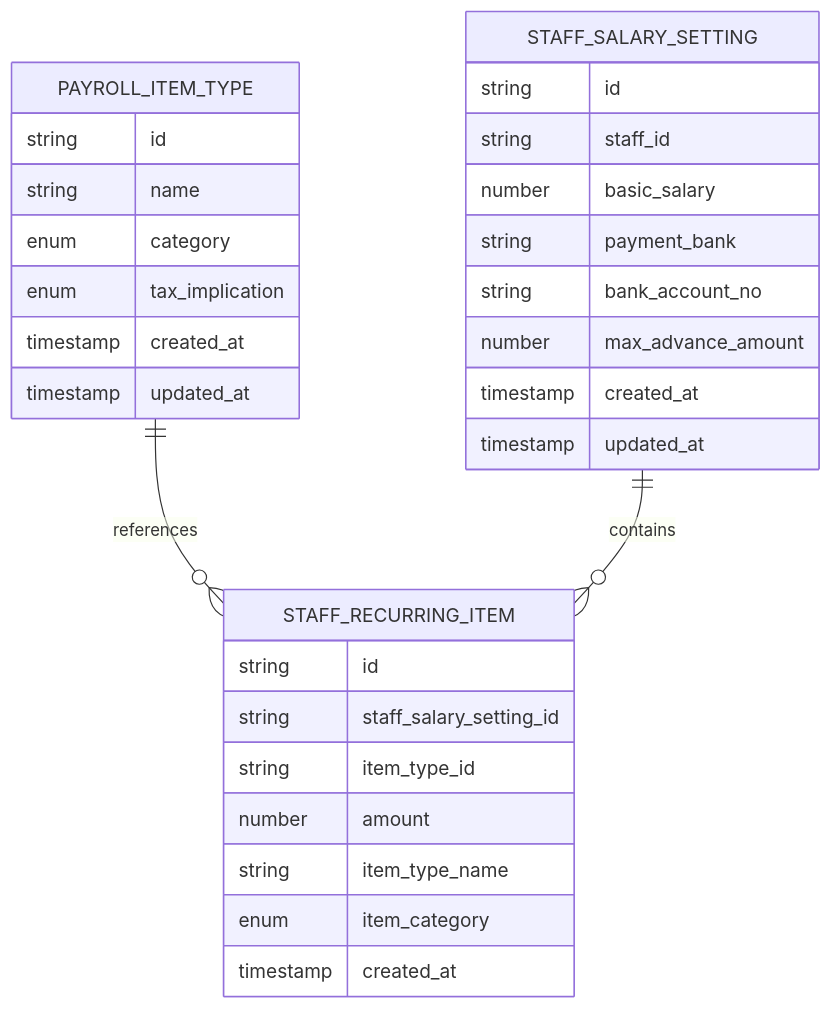
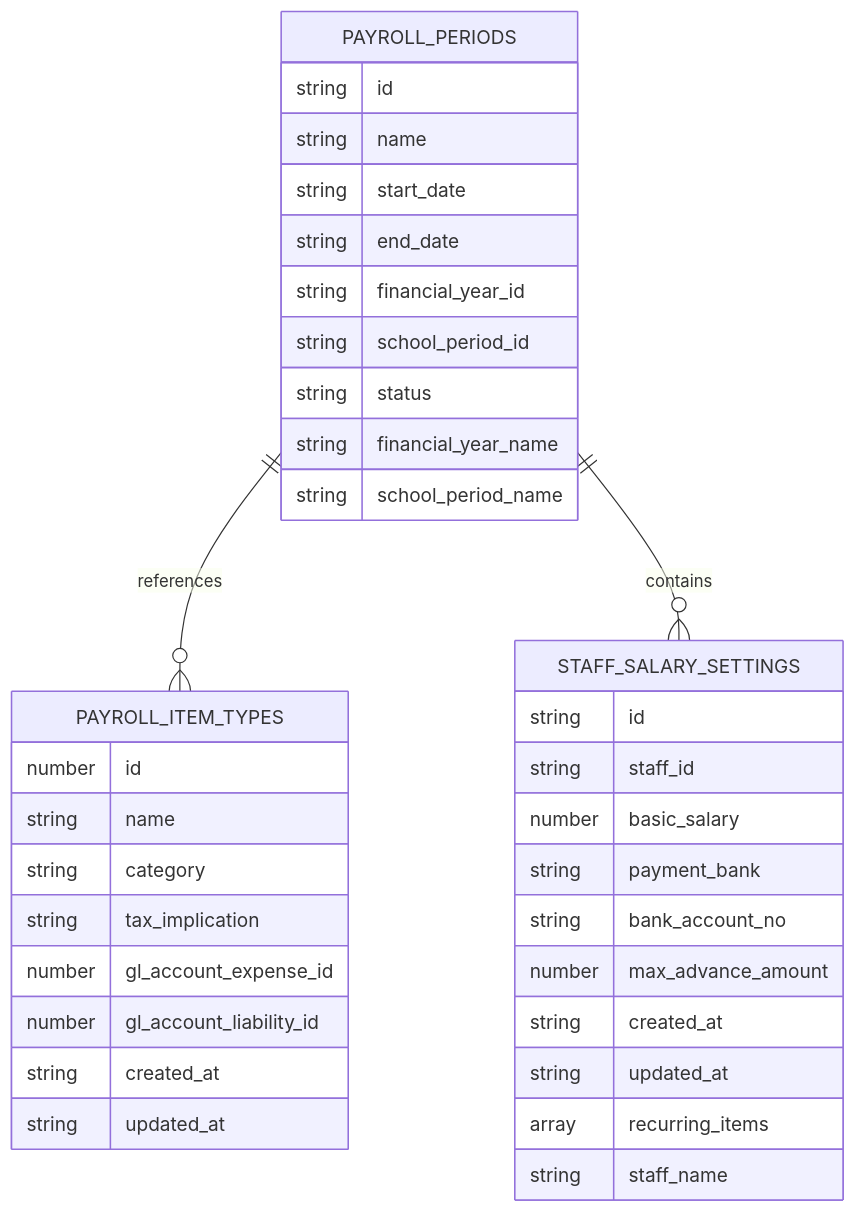
Before and after one commit to geniusdynamics/schoolpilot: the sixth of 11 diagrams in .qoder/repowiki/en/content/Modules System/HR Module.md, drawn with Mermaid. The commit also changed other lines of this file and 16 other files, not shown here.

````diff
--- a/.qoder/repowiki/en/content/Modules System/HR Module.md
+++ b/.qoder/repowiki/en/content/Modules System/HR Module.md
@@ -175,32 +246,38 @@
 ```mermaid
 erDiagram
-PAYROLL_ITEM_TYPE {
+PAYROLL_PERIODS {
 string id
 string name
-enum category
-enum tax_implication
-timestamp created_at
-timestamp updated_at
+string start_date
+string end_date
+string financial_year_id
+string school_period_id
+string status
+string financial_year_name
+string school_period_name
 }
-STAFF_SALARY_SETTING {
+PAYROLL_ITEM_TYPES {
+number id
+string name
+string category
+string tax_implication
+number gl_account_expense_id
+number gl_account_liability_id
+string created_at
+string updated_at
+}
+STAFF_SALARY_SETTINGS {
 string id
 string staff_id
 number basic_salary
 string payment_bank
 string bank_account_no
 number max_advance_amount
-timestamp created_at
-timestamp updated_at
+string created_at
+string updated_at
+array recurring_items
+string staff_name
 }
-STAFF_RECURRING_ITEM {
-string id
-string staff_salary_setting_id
-string item_type_id
-number amount
-string item_type_name
-enum item_category
-timestamp created_at
-}
-PAYROLL_ITEM_TYPE ||--o{ STAFF_RECURRING_ITEM : "references"
-STAFF_SALARY_SETTING ||--o{ STAFF_RECURRING_ITEM : "contains"
+PAYROLL_PERIODS ||--o{ PAYROLL_ITEM_TYPES : "references"
+PAYROLL_PERIODS ||--o{ STAFF_SALARY_SETTINGS : "contains"
 ```
````
